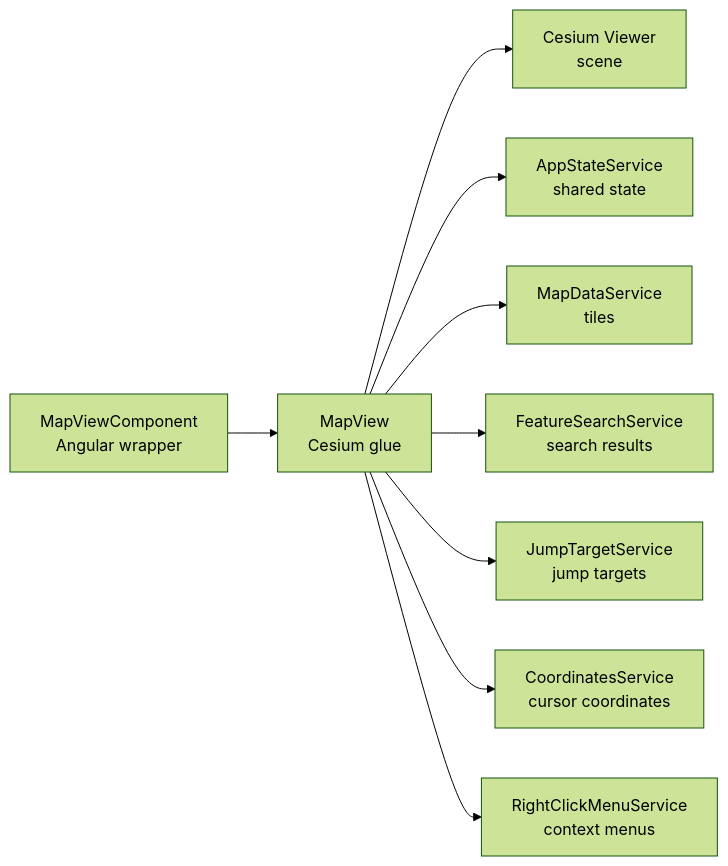
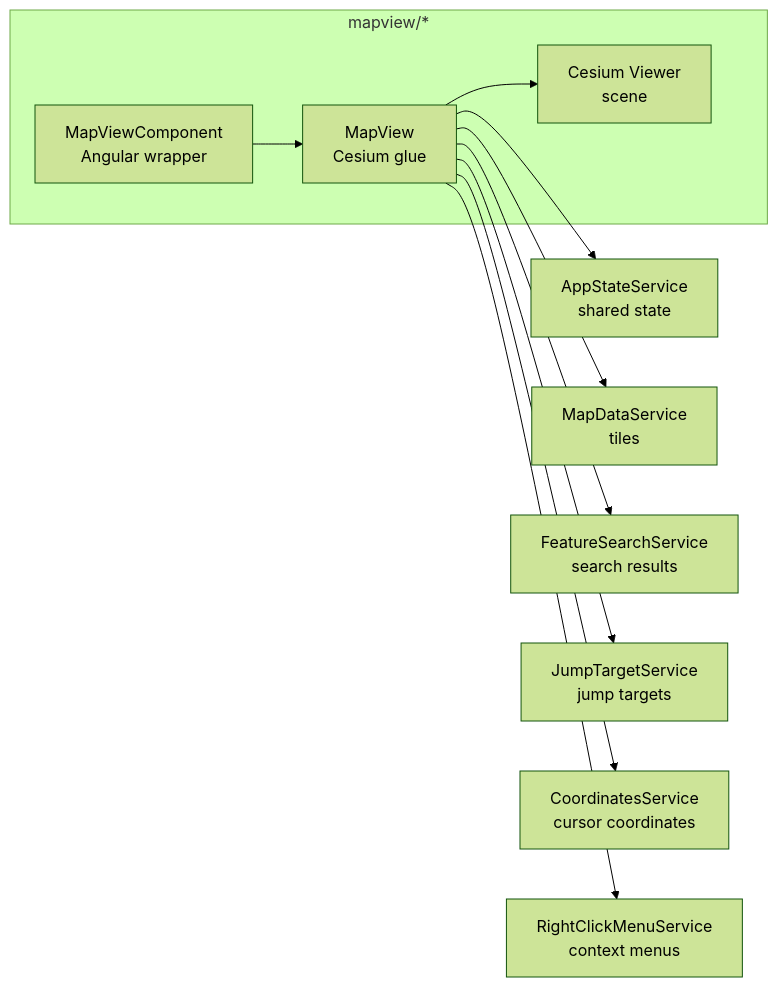
One commit to ndsev/erdblick changed the third of 10 diagrams in docs/erdblick-dev-guide.md. Above: the diagram before and after it, drawn with Mermaid (forest theme). The commit also changed other lines of this file, not shown here.

````diff
--- a/docs/erdblick-dev-guide.md
+++ b/docs/erdblick-dev-guide.md
@@ -251,22 +131,24 @@
 ```mermaid
 flowchart LR
-  MapViewComp[MapViewComponent<br>Angular wrapper]
-  MapViewModel[MapView<br>Cesium glue]
-  CesiumViewer[Cesium Viewer<br>scene]
+  subgraph mapview_dir[mapview/*]
+    MapViewComp[MapViewComponent<br>Angular wrapper]
+    MapViewModel[MapView<br>Cesium glue]
+    CesiumViewer[Cesium Viewer<br>scene]
+  end
   State[AppStateService<br>shared state]
   MapSvc[MapDataService<br>tiles]
   SearchSvc[FeatureSearchService<br>search results]
   JumpSvc[JumpTargetService<br>jump targets]
   CoordSvc[CoordinatesService<br>cursor coordinates]
   MenuSvc[RightClickMenuService<br>context menus]
 
   MapViewComp --> MapViewModel
   MapViewModel --> CesiumViewer
 
   MapViewModel --> State
   MapViewModel --> MapSvc
   MapViewModel --> SearchSvc
   MapViewModel --> JumpSvc
   MapViewModel --> CoordSvc
   MapViewModel --> MenuSvc
 ```
````
